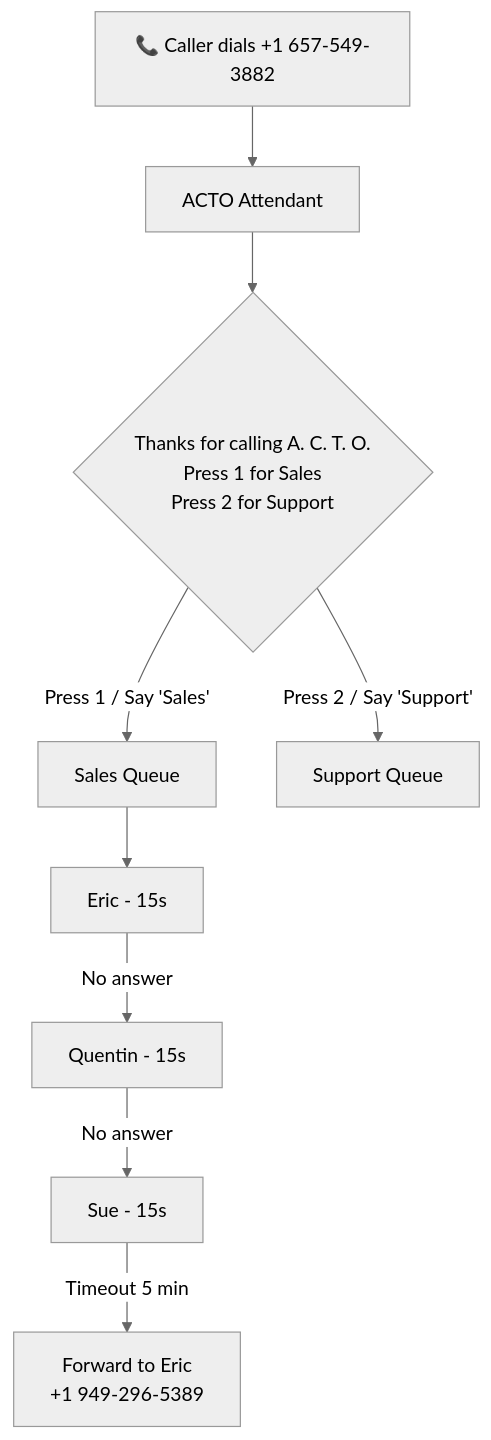
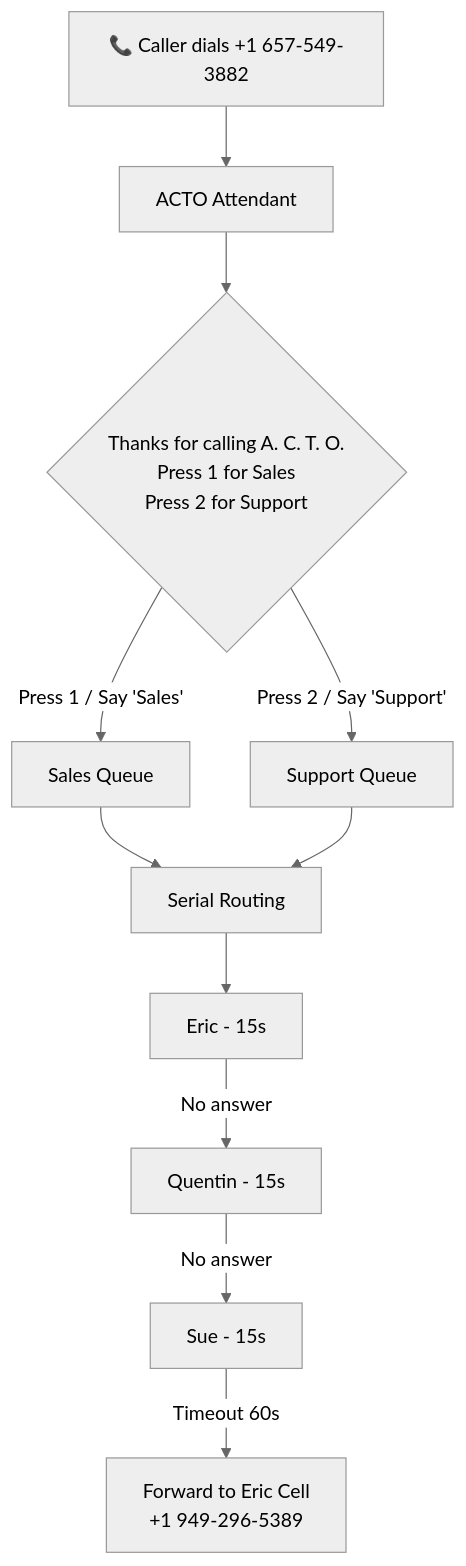
The diagram in teams-voice/docs/configuration-guide.md (ACTO-LLC/acto-infra), drawn with Mermaid (neutral theme) before and after one commit. The commit also changed other lines of this file, not shown here.

First line of the commit message:
Update queue configurations: both use same routing, 60s timeout

````diff
--- a/teams-voice/docs/configuration-guide.md
+++ b/teams-voice/docs/configuration-guide.md
@@ -29,13 +29,16 @@
 ```mermaid
 flowchart TD
     A[📞 Caller dials +1 657-549-3882] --> B[ACTO Attendant]
     B --> C{"Thanks for calling A. C. T. O.<br/>Press 1 for Sales<br/>Press 2 for Support"}
 
     C -->|Press 1 / Say 'Sales'| D[Sales Queue]
     C -->|Press 2 / Say 'Support'| E[Support Queue]
 
-    D --> F[Eric - 15s]
-    F -->|No answer| G[Quentin - 15s]
-    G -->|No answer| H[Sue - 15s]
-    H -->|Timeout 5 min| I[Forward to Eric<br/>+1 949-296-5389]
+    D --> F[Serial Routing]
+    E --> F
+
+    F --> G[Eric - 15s]
+    G -->|No answer| H[Quentin - 15s]
+    H -->|No answer| I[Sue - 15s]
+    I -->|Timeout 60s| J[Forward to Eric Cell<br/>+1 949-296-5389]
 ```
````
